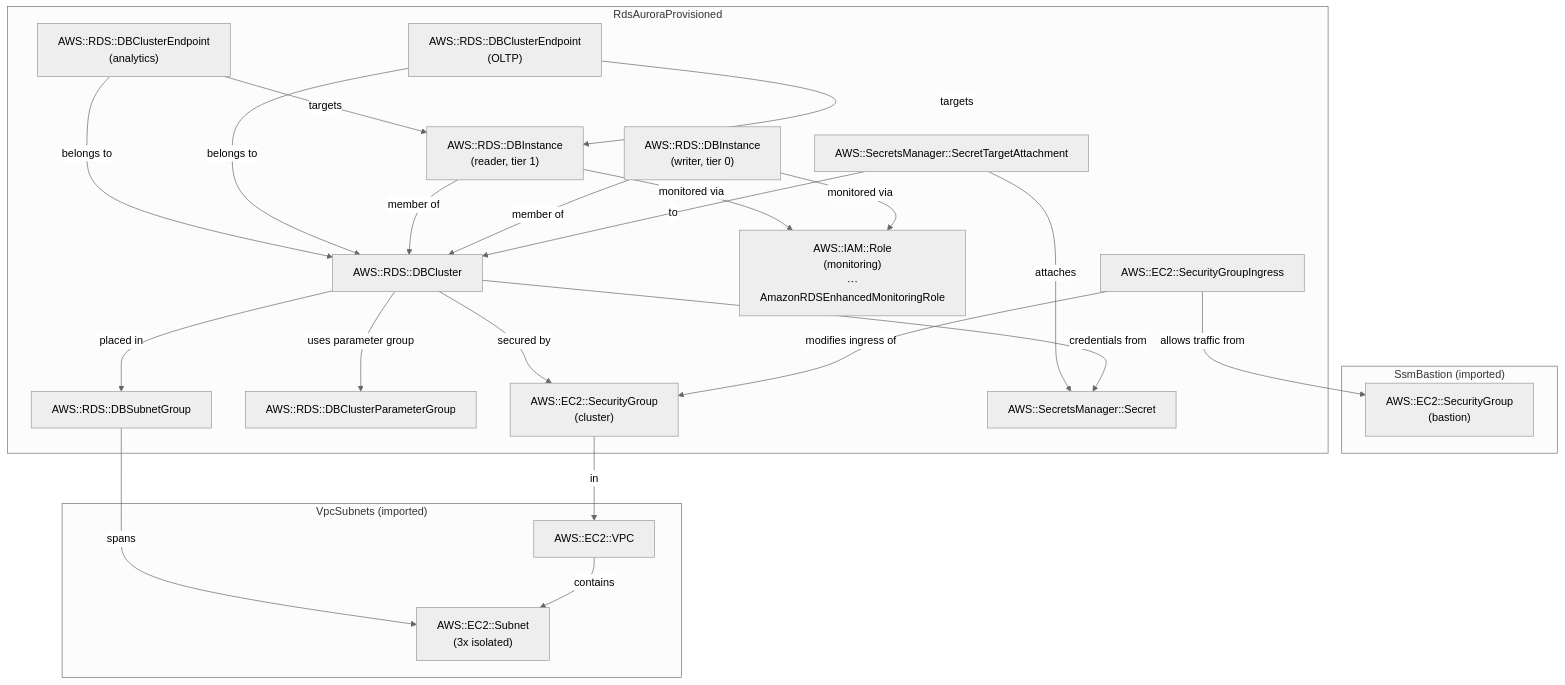
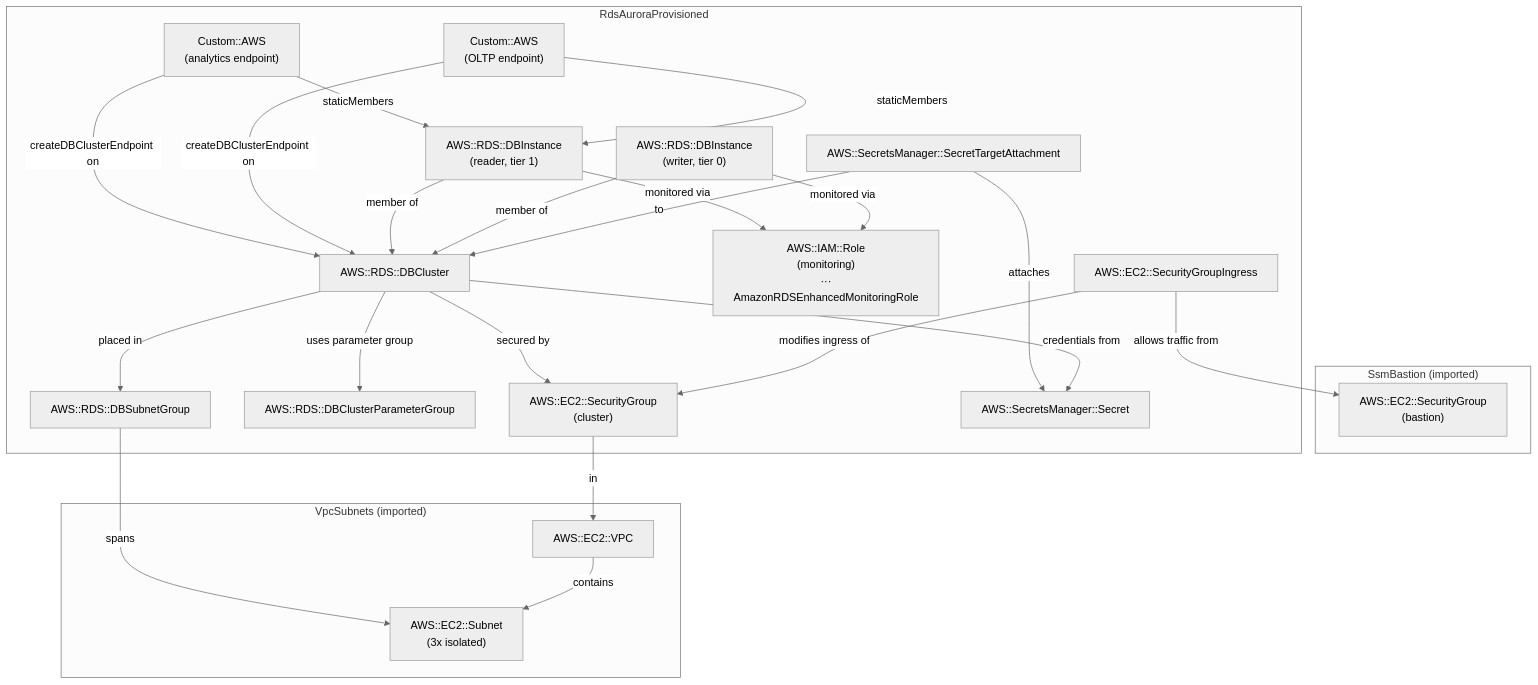
The diagram in patterns/rds/rds-aurora-provisioned/README.md (innolight/hands-on-aws), drawn with Mermaid (neutral theme) before and after one commit. The commit also changed other lines of this file and 6 other files, not shown here.

````diff
--- a/patterns/rds/rds-aurora-provisioned/README.md
+++ b/patterns/rds/rds-aurora-provisioned/README.md
@@ -162,50 +159,50 @@
 ```mermaid
 flowchart TB
     subgraph VpcSubnets["VpcSubnets (imported)"]
         VPC["AWS::EC2::VPC"]
         IsolSub["AWS::EC2::Subnet\n(3x isolated)"]
     end
 
     subgraph SsmBastion["SsmBastion (imported)"]
         BastionSG["AWS::EC2::SecurityGroup\n(bastion)"]
     end
 
     subgraph Stack["RdsAuroraProvisioned"]
         DbSG["AWS::EC2::SecurityGroup\n(cluster)"]
         BastionIngress["AWS::EC2::SecurityGroupIngress"]
         ParamGroup["AWS::RDS::DBClusterParameterGroup"]
         SubnetGroup["AWS::RDS::DBSubnetGroup"]
         MonitorRole["AWS::IAM::Role\n(monitoring)\n···\nAmazonRDSEnhancedMonitoringRole"]
         Secret["AWS::SecretsManager::Secret"]
         SecretAttach["AWS::SecretsManager::SecretTargetAttachment"]
         Cluster["AWS::RDS::DBCluster"]
         Writer["AWS::RDS::DBInstance\n(writer, tier 0)"]
         Reader["AWS::RDS::DBInstance\n(reader, tier 1)"]
-        OltpEP["AWS::RDS::DBClusterEndpoint\n(OLTP)"]
-        AnalyticsEP["AWS::RDS::DBClusterEndpoint\n(analytics)"]
+        OltpEP["Custom::AWS\n(OLTP endpoint)"]
+        AnalyticsEP["Custom::AWS\n(analytics endpoint)"]
     end
 
     VPC --> |contains| IsolSub
 
     DbSG --> |in| VPC
     BastionIngress --> |allows traffic from| BastionSG
     BastionIngress --> |modifies ingress of| DbSG
     SubnetGroup --> |spans| IsolSub
 
     Cluster --> |secured by| DbSG
     Cluster --> |uses parameter group| ParamGroup
     Cluster --> |placed in| SubnetGroup
     Cluster --> |credentials from| Secret
     SecretAttach --> |attaches| Secret
     SecretAttach --> |to| Cluster
 
     Writer --> |member of| Cluster
     Writer --> |monitored via| MonitorRole
     Reader --> |member of| Cluster
     Reader --> |monitored via| MonitorRole
 
-    OltpEP --> |belongs to| Cluster
-    OltpEP --> |targets| Reader
-    AnalyticsEP --> |belongs to| Cluster
-    AnalyticsEP --> |targets| Reader
+    OltpEP --> |createDBClusterEndpoint on| Cluster
+    OltpEP --> |staticMembers| Reader
+    AnalyticsEP --> |createDBClusterEndpoint on| Cluster
+    AnalyticsEP --> |staticMembers| Reader
 ```
````
